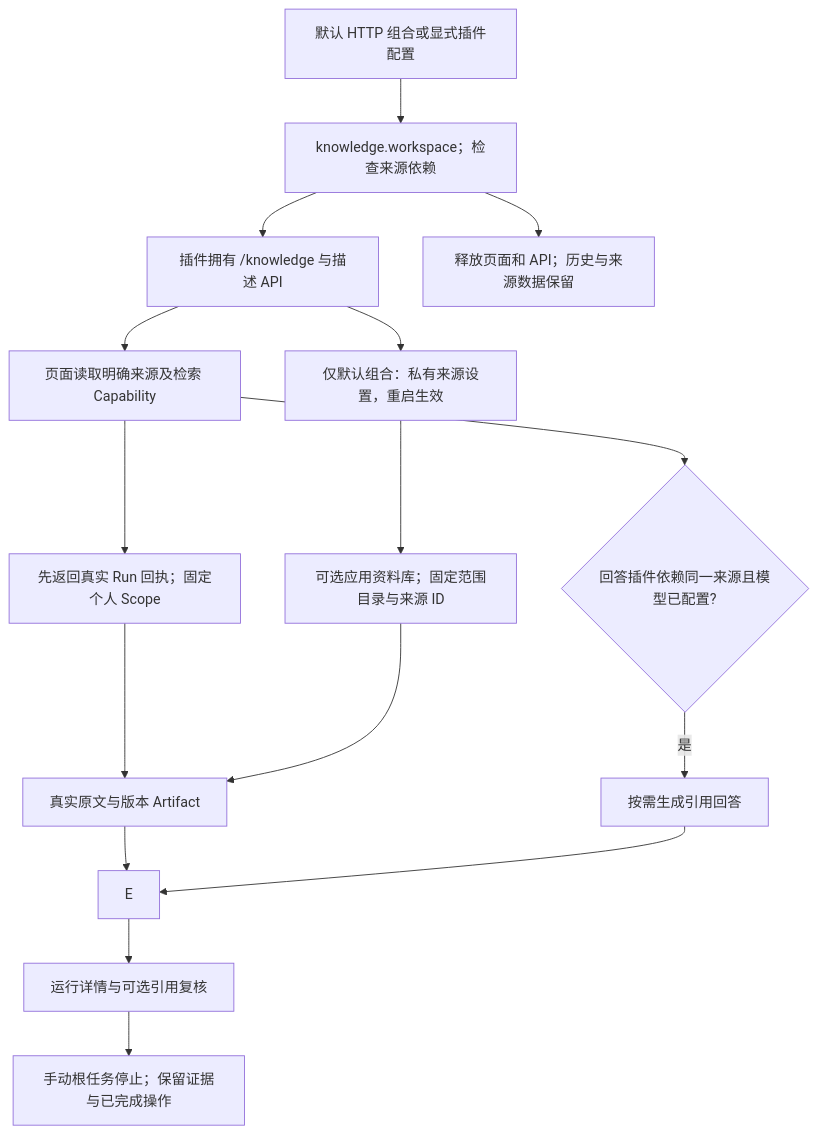
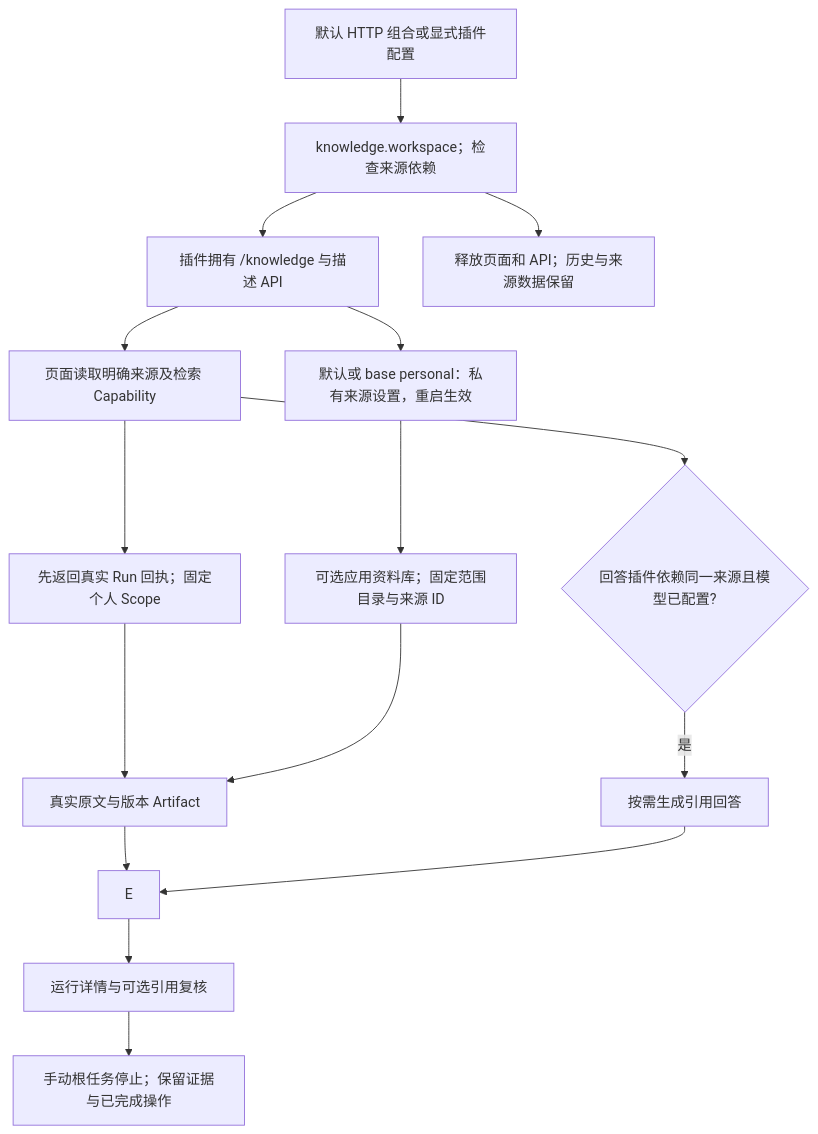
Before and after one commit to KlayPeter/AI-Delivery-Ops-Agent: the first of 2 diagrams in backend/src/knowledge/workspace/FEATURE.md, drawn with Mermaid. The commit also changed other lines of this file and 31 other files, not shown here.

````diff
--- a/backend/src/knowledge/workspace/FEATURE.md
+++ b/backend/src/knowledge/workspace/FEATURE.md
@@ -19,18 +19,18 @@
 ```mermaid
 flowchart TD
     C[默认 HTTP 组合或显式插件配置] --> P[knowledge.workspace；检查来源依赖]
     P --> W[插件拥有 /knowledge 与描述 API]
     W --> V[页面读取明确来源及检索 Capability]
     V --> R[先返回真实 Run 回执；固定个人 Scope]
     D --> STOPRUN[手动根任务停止；保留证据与已完成操作]
     R --> K[已选择的 Markdown 或网页 Agent]
     K --> E
     CFG --> LIB[可选应用资料库；固定范围目录与来源 ID]
     LIB --> K[真实原文与版本 Artifact]
     E --> D[运行详情与可选引用复核]
     V --> MATCH{回答插件依赖同一来源且模型已配置?}
     MATCH -- 是 --> A[按需生成引用回答]
     A --> E
-    W --> CFG[仅默认组合：私有来源设置，重启生效]
+    W --> CFG[默认或 base personal：私有来源设置，重启生效]
     P --> STOP[释放页面和 API；历史与来源数据保留]
 ```
````
